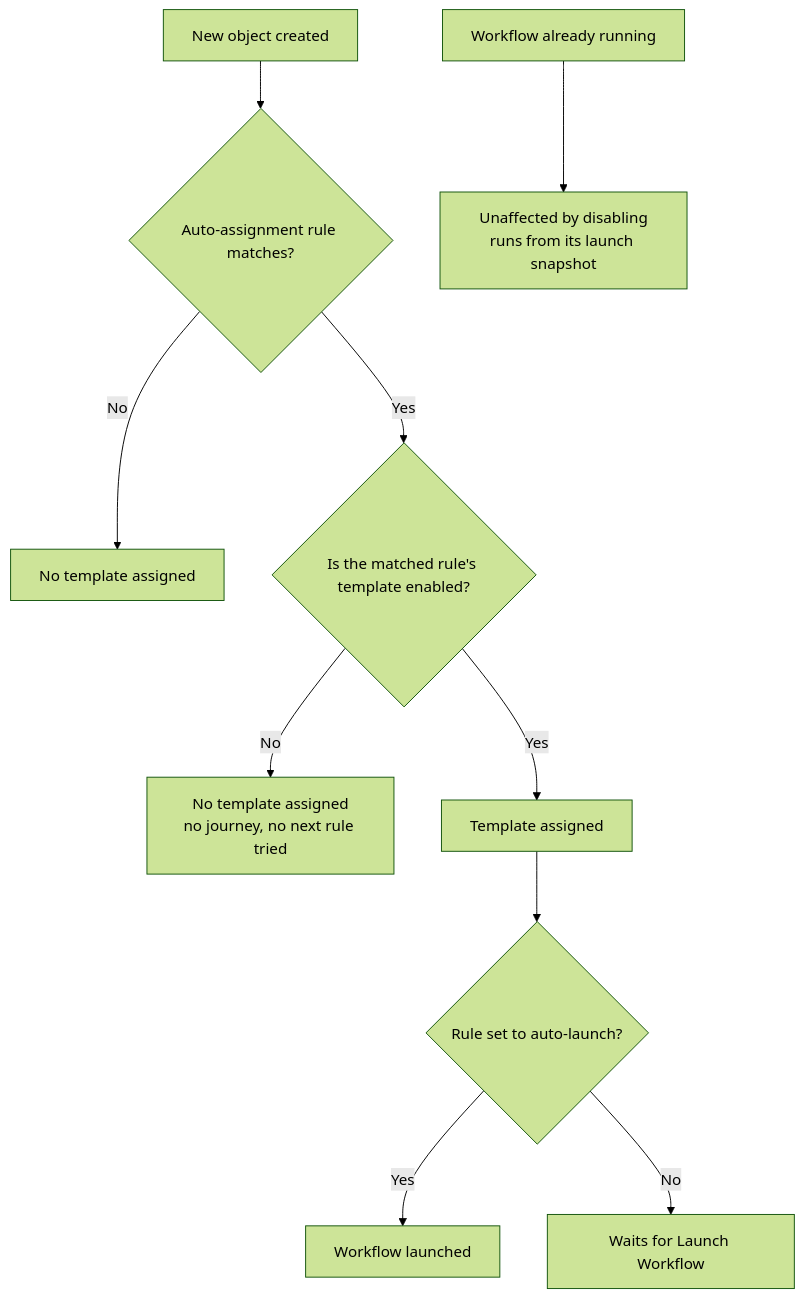
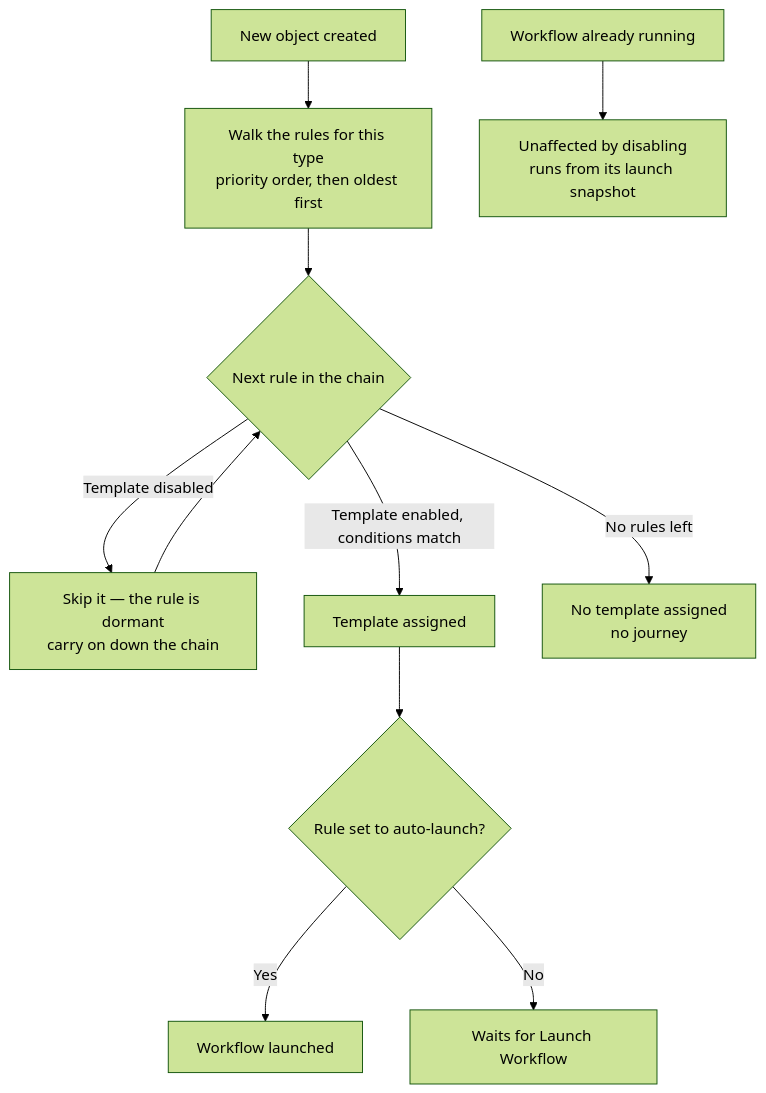
Before and after one commit to sampadadiwan/IRM_CompanyMain: the first of 5 diagrams in docs/user_guides/workflow_templates_user_guide.md, drawn with Mermaid (forest theme). The commit also changed other lines of this file and 13 other files, not shown here.

````diff
--- a/docs/user_guides/workflow_templates_user_guide.md
+++ b/docs/user_guides/workflow_templates_user_guide.md
@@ -150,12 +150,13 @@
 ```mermaid
 flowchart TD
-  A[New object created] --> B{Auto-assignment rule matches?}
-  B -- No --> Z[No template assigned]
-  B -- Yes --> C{Is the matched rule's template enabled?}
-  C -- No --> Z2[No template assigned<br/>no journey, no next rule tried]
-  C -- Yes --> D[Template assigned]
+  A[New object created] --> B[Walk the rules for this type<br/>priority order, then oldest first]
+  B --> C{Next rule in the chain}
+  C -- Template disabled --> B2[Skip it — the rule is dormant<br/>carry on down the chain]
+  B2 --> C
+  C -- Template enabled, conditions match --> D[Template assigned]
+  C -- No rules left --> Z[No template assigned<br/>no journey]
   D --> E{Rule set to auto-launch?}
   E -- Yes --> F[Workflow launched]
   E -- No --> G[Waits for Launch Workflow]
   H[Workflow already running] --> I[Unaffected by disabling<br/>runs from its launch snapshot]
 ```
````
